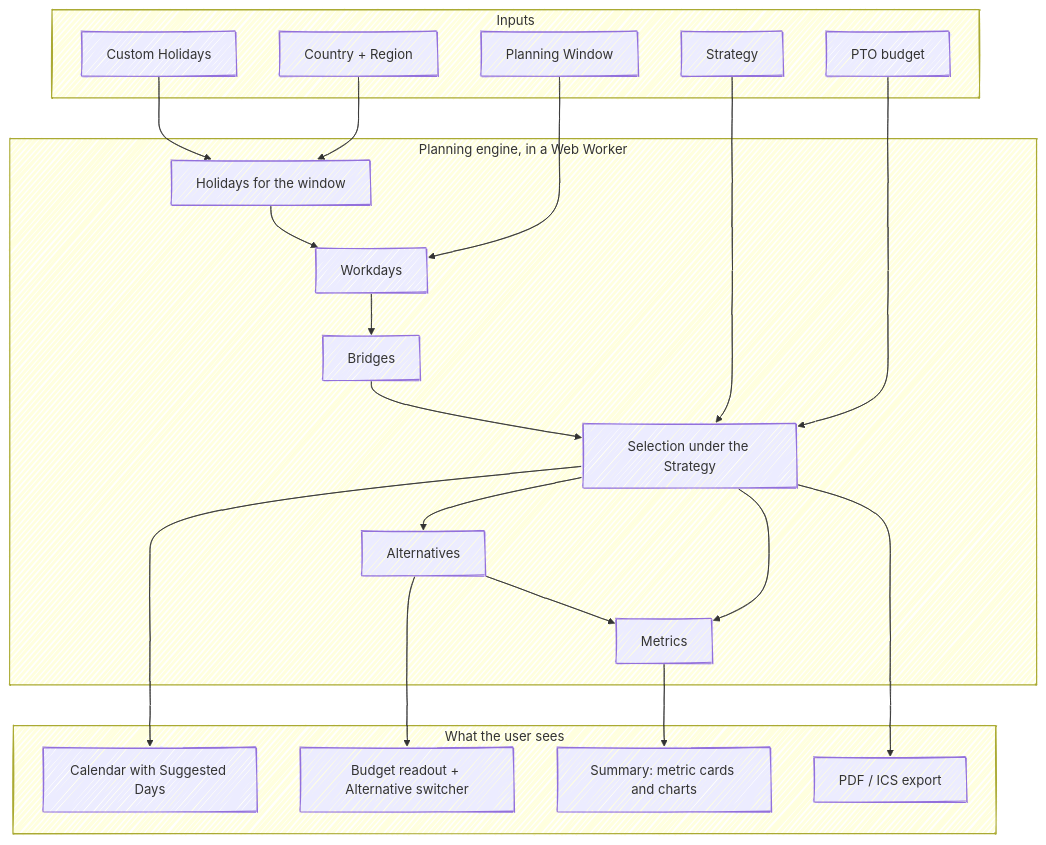
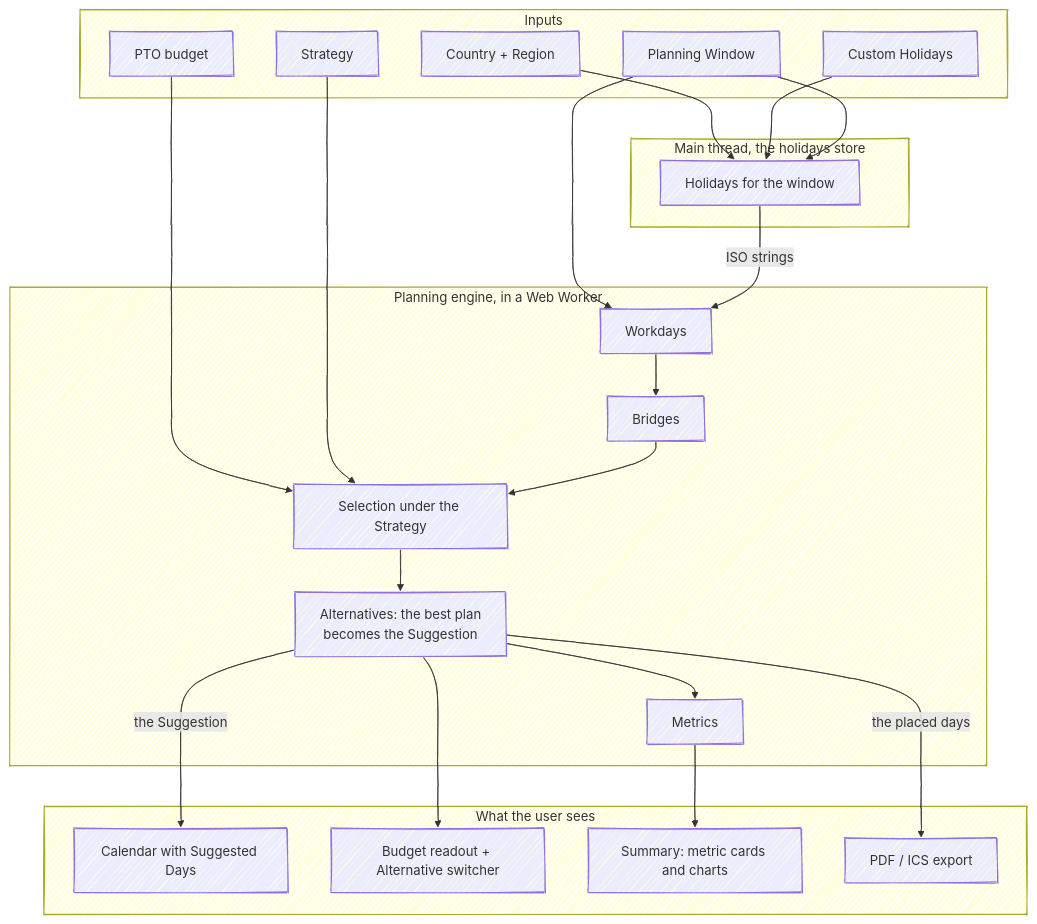
The second of 2 diagrams in apps/docs/src/content/docs/start/what-the-planner-does.mdx (fbuireu/forever-pto), drawn with Mermaid before and after one commit. The commit also changed 21 other files, not shown here.

````diff
--- a/apps/docs/src/content/docs/start/what-the-planner-does.mdx
+++ b/apps/docs/src/content/docs/start/what-the-planner-does.mdx
@@ -60,42 +60,44 @@
 ```mermaid
 ---
 config:
   look: handDrawn
   layout: dagre
 ---
 flowchart TB
   subgraph inputs [Inputs]
     C[Country + Region]
     W[Planning Window]
     B[PTO budget]
     S[Strategy]
     H[Custom Holidays]
   end
+  subgraph main [Main thread, the holidays store]
+    F[Holidays for the window]
+  end
   subgraph engine [Planning engine, in a Web Worker]
-    F[Holidays for the window]
     WD[Workdays]
     BR[Bridges]
     SEL[Selection under the Strategy]
-    ALT[Alternatives]
+    ALT["Alternatives: the best plan<br/>becomes the Suggestion"]
     MET[Metrics]
   end
   subgraph out [What the user sees]
     CAL[Calendar with Suggested Days]
     PANEL[Budget readout + Alternative switcher]
-    SUM[Summary: metric cards and charts]
-    EXP[PDF / ICS export]
+    SUM["Summary: metric cards and charts"]
+    EXP["PDF / ICS export"]
   end
   C --> F
   H --> F
+  W --> F
   W --> WD
-  F --> WD
+  F -->|ISO strings| WD
   B --> SEL
   S --> SEL
   WD --> BR --> SEL --> ALT
-  SEL --> MET
   ALT --> MET
   MET --> SUM
-  SEL --> CAL
+  ALT -->|the Suggestion| CAL
   ALT --> PANEL
-  SEL --> EXP
+  ALT -->|the placed days| EXP
 ```
````
